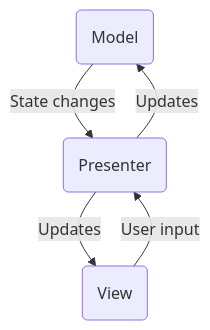
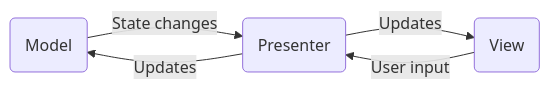
Before and after one commit to VAlexandersson/abm-traffic-simulator: the first of 2 diagrams in README.md, drawn with Mermaid.

````diff
--- a/README.md
+++ b/README.md
@@ -8,13 +8,13 @@
 ```mermaid
-graph TD
+graph LR
 M(Model)
 V(View)
 P(Presenter)
 
 V --User input--> P
 P --Updates--> V
 
 P --Updates--> M
 M --State changes-->P
 
 ```
````
